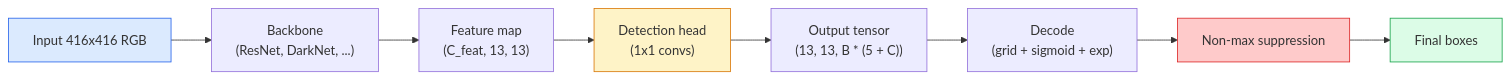
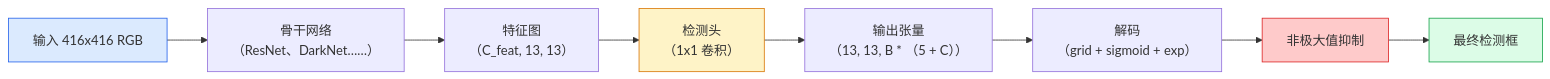
One commit to JerryC8080/ai-engineering-from-scratch-zh changed the diagram in phases/04-computer-vision/06-object-detection-yolo/docs/zh.md. Above: the diagram before and after it, drawn with Mermaid. The commit also changed 156 other files, not shown here.

First line of the commit message:
i18n(zh): translate mermaid diagram labels in 157 lesson zh.md

````diff
--- a/phases/04-computer-vision/06-object-detection-yolo/docs/zh.md
+++ b/phases/04-computer-vision/06-object-detection-yolo/docs/zh.md
@@ -33,15 +33,15 @@
 ```mermaid
 flowchart LR
-    IMG["Input 416x416 RGB"] --> BB["Backbone<br/>(ResNet, DarkNet, ...)"]
-    BB --> FM["Feature map<br/>(C_feat, 13, 13)"]
-    FM --> HEAD["Detection head<br/>(1x1 convs)"]
-    HEAD --> OUT["Output tensor<br/>(13, 13, B * (5 + C))"]
-    OUT --> DEC["Decode<br/>(grid + sigmoid + exp)"]
-    DEC --> NMS["Non-max suppression"]
-    NMS --> RESULT["Final boxes"]
+    IMG["输入 416x416 RGB"] --> BB["骨干网络<br/>（ResNet、DarkNet……）"]
+    BB --> FM["特征图<br/>（C_feat, 13, 13）"]
+    FM --> HEAD["检测头<br/>（1x1 卷积）"]
+    HEAD --> OUT["输出张量<br/>（13, 13, B * （5 + C））"]
+    OUT --> DEC["解码<br/>（grid + sigmoid + exp）"]
+    DEC --> NMS["非极大值抑制"]
+    NMS --> RESULT["最终检测框"]
 
     style IMG fill:#dbeafe,stroke:#2563eb
     style HEAD fill:#fef3c7,stroke:#d97706
     style NMS fill:#fecaca,stroke:#dc2626
     style RESULT fill:#dcfce7,stroke:#16a34a
 ```
````
